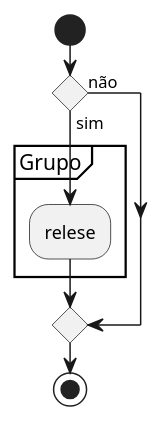
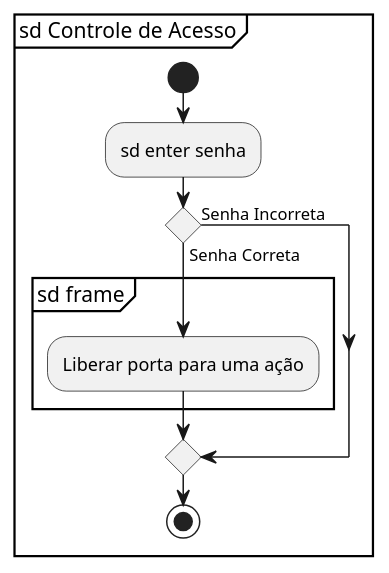
The second of 2 diagrams in UML/DiagramasComportamentais/VisaoGeralInteracao.puml (LeonardoVieiraGuimaraes/OrientacaoObjetos), drawn with PlantUML before and after one commit. The commit also changed other lines of this file and 1 other file, not shown here.

Commit message:
Changes to be committed: 	modified:   UML/DiagramasComportamentais/Comunicacao.puml 	modified:   UML/DiagramasComportamentais/VisaoGeralInteracao.puml

```diff
--- a/UML/DiagramasComportamentais/VisaoGeralInteracao.puml
+++ b/UML/DiagramasComportamentais/VisaoGeralInteracao.puml
@@ -20,13 +17,15 @@
 @startuml
-start
+partition sd Controle de Acesso {
+  start 
+  :sd enter senha;  
+    if () then (Senha Correta)
+      partition sd frame {
+      :Liberar porta para uma ação;
+      }
+    else (Senha Incorreta)
+      
+    endif
+    stop
+}
 
-if () then (sim)
-  partition Grupo {
-   :relese;
-  }
-else (não)
-  
-endif
-
-stop
 @enduml
```
